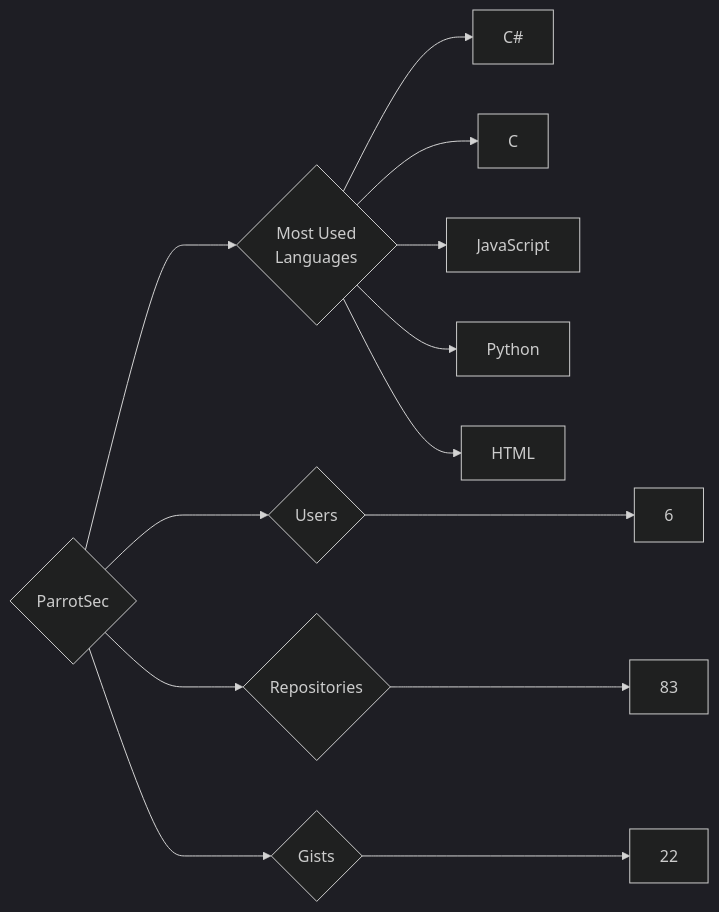
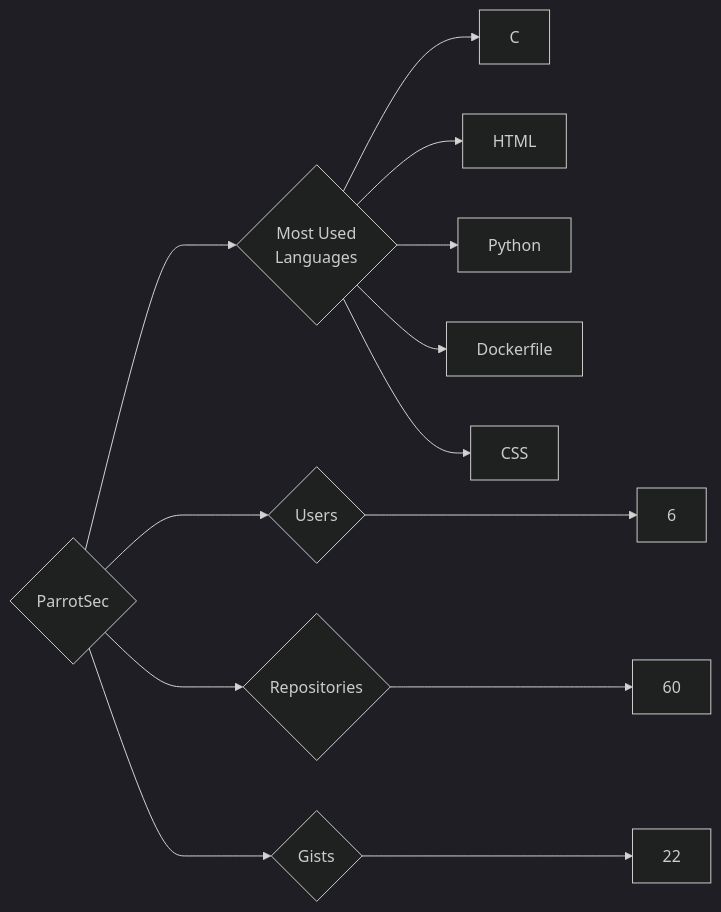
Before and after one commit to trickest/insiders: the diagram in targets/ParrotSec/README.md, drawn with Mermaid (dark theme). The commit also changed 1248 other files, not shown here.

````diff
--- a/targets/ParrotSec/README.md
+++ b/targets/ParrotSec/README.md
@@ -3,13 +3,13 @@
 ```mermaid
 graph LR
 COMPANY_NAME{ParrotSec}
 COMPANY_NAME ---> U{Users} ---> UN[6]
-COMPANY_NAME ---> R{Repositories} ---> RN[83]
+COMPANY_NAME ---> R{Repositories} ---> RN[60]
 COMPANY_NAME ---> G{Gists} ---> GN[22]
 COMPANY_NAME ---> ML{Most Used<br>Languages}
-ML --> C#[C#]
 ML --> C[C]
-ML --> JavaScript[JavaScript]
+ML --> HTML[HTML]
 ML --> Python[Python]
-ML --> HTML[HTML]
+ML --> Dockerfile[Dockerfile]
+ML --> CSS[CSS]
 ```
````
